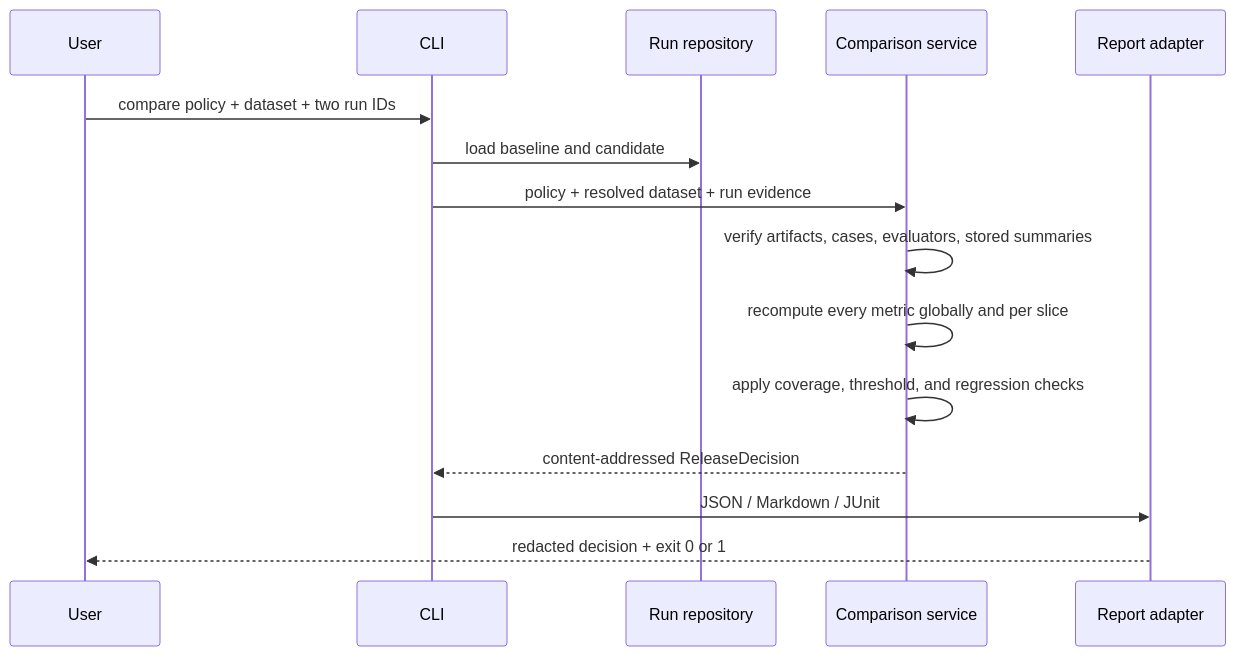
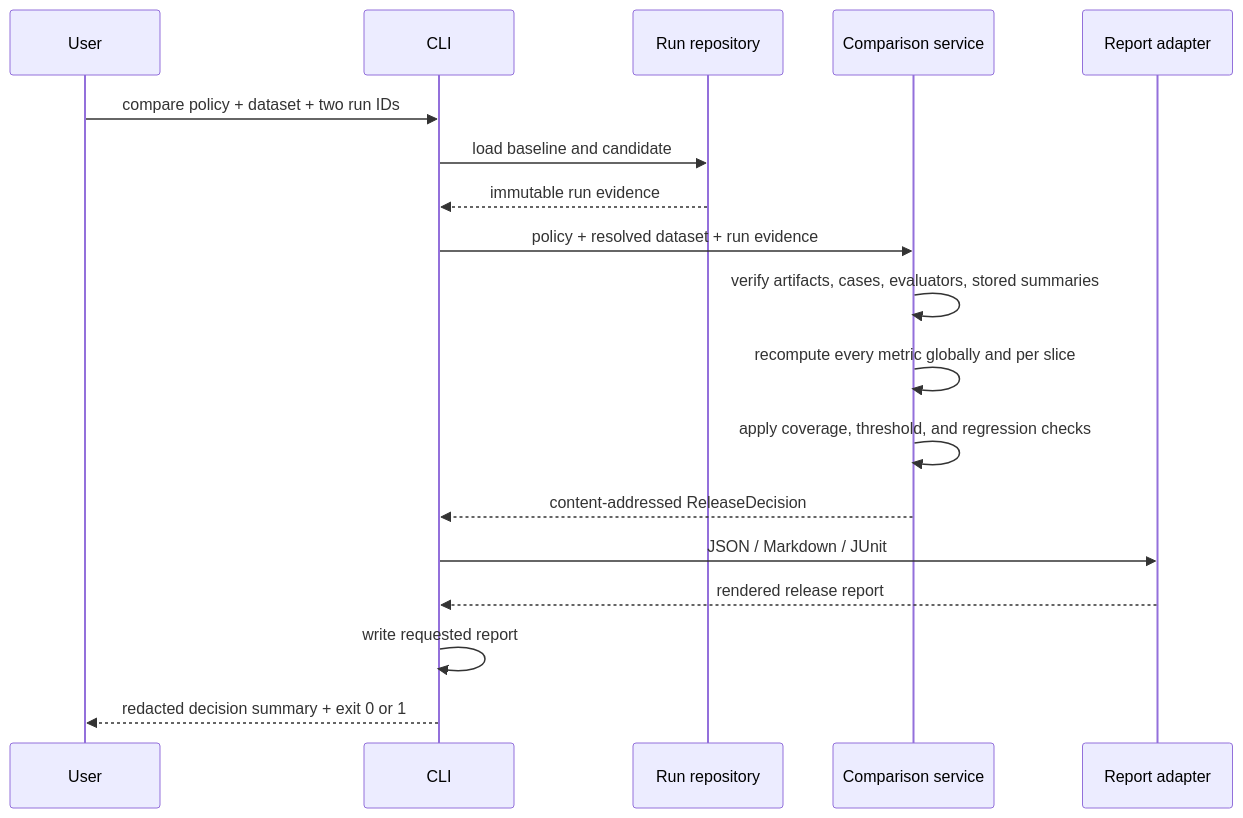
One commit to idevelopAI/llm-eval-control-plane changed the third of 7 diagrams in docs/architecture.md. Above: the diagram before and after it, drawn with Mermaid. The commit also changed other lines of this file, not shown here.

Commit message:
docs: align architecture diagrams with execution and persistence boundaries

````diff
--- a/docs/architecture.md
+++ b/docs/architecture.md
@@ -181,18 +222,21 @@
 ```mermaid
 sequenceDiagram
     participant User
     participant CLI
     participant Store as Run repository
     participant Compare as Comparison service
     participant Report as Report adapter
 
     User->>CLI: compare policy + dataset + two run IDs
     CLI->>Store: load baseline and candidate
+    Store-->>CLI: immutable run evidence
     CLI->>Compare: policy + resolved dataset + run evidence
     Compare->>Compare: verify artifacts, cases, evaluators, stored summaries
     Compare->>Compare: recompute every metric globally and per slice
     Compare->>Compare: apply coverage, threshold, and regression checks
     Compare-->>CLI: content-addressed ReleaseDecision
     CLI->>Report: JSON / Markdown / JUnit
-    Report-->>User: redacted decision + exit 0 or 1
+    Report-->>CLI: rendered release report
+    CLI->>CLI: write requested report
+    CLI-->>User: redacted decision summary + exit 0 or 1
 ```
````
